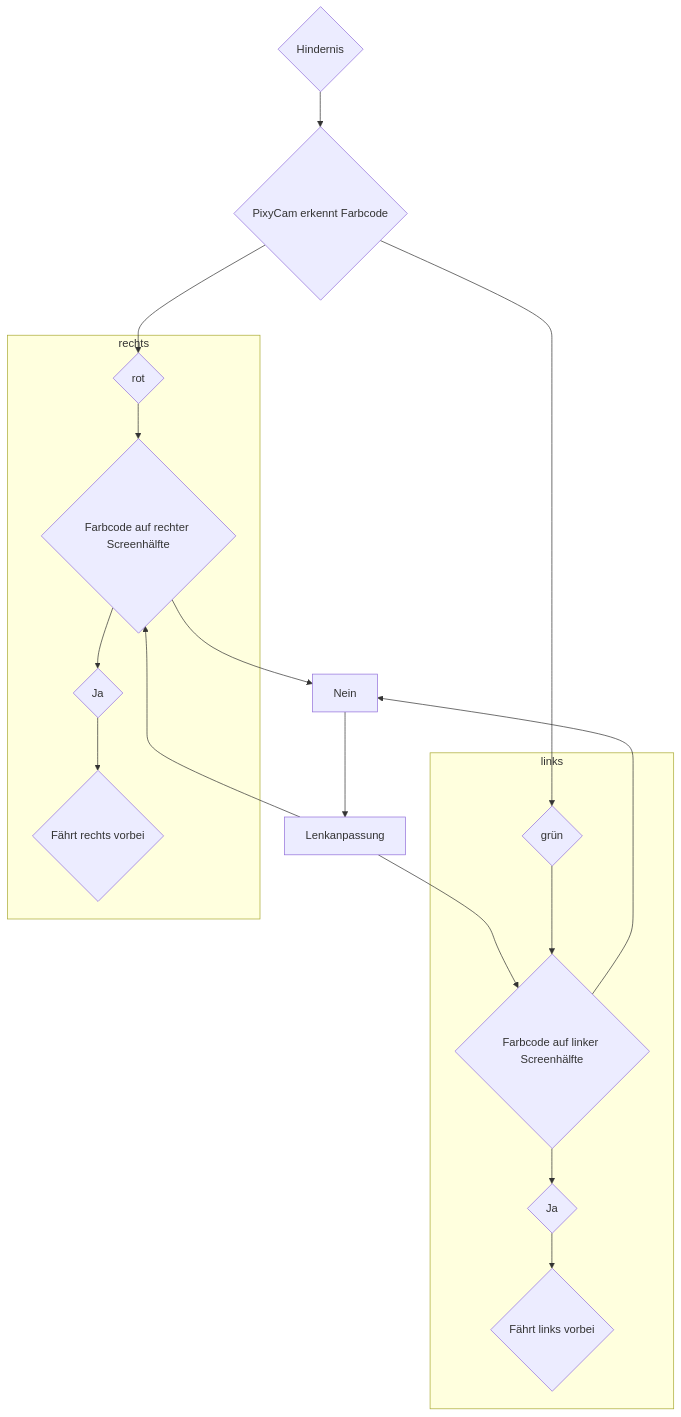
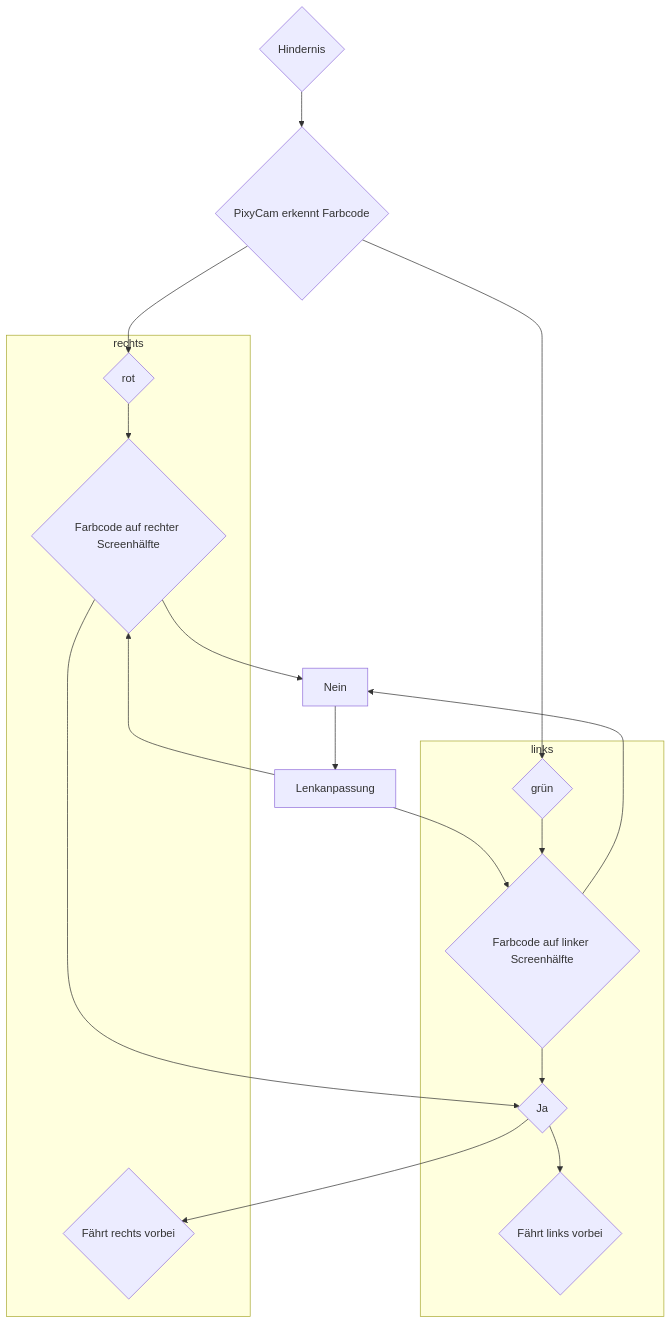
Before and after one commit to SchroedingersBit/PfortGTPanama: the diagram in Programme/Hindernisrennen/README.md, drawn with Mermaid.

````diff
--- a/Programme/Hindernisrennen/README.md
+++ b/Programme/Hindernisrennen/README.md
@@ -4,27 +4,27 @@
 ```mermaid
 flowchart TB;
 B-->C{rot};
 A{Hindernis} -->B{PixyCam erkennt Farbcode};
 B-->E{grün};
 C1 --> Nein;
 Nein --> Lenkanpassung;
 C2 --> Nein; 
 Lenkanpassung-->C1;
 Lenkanpassung -->C2;
 
 subgraph links
 E-->C1{Farbcode auf linker Screenhälfte};
 
 
-C1-->J1{Ja};
-J1-->R{Fährt links vorbei};
+C1-->J{Ja};
+J-->R{Fährt links vorbei};
 end
 
 subgraph rechts
 C-->C2{Farbcode auf rechter Screenhälfte};
 
 
-C2-->J2{Ja};
-J2-->L{Fährt rechts vorbei};
+C2-->J{Ja};
+J-->L{Fährt rechts vorbei};
 end
 ```
````
